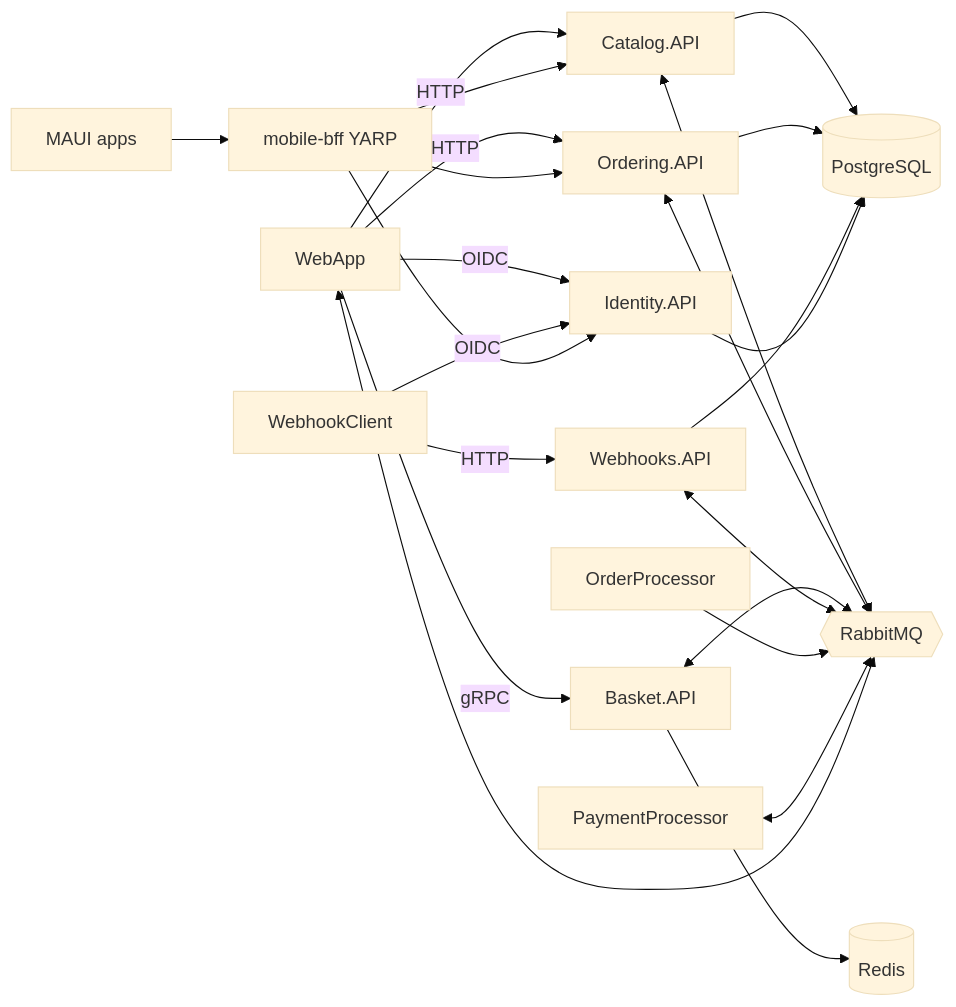
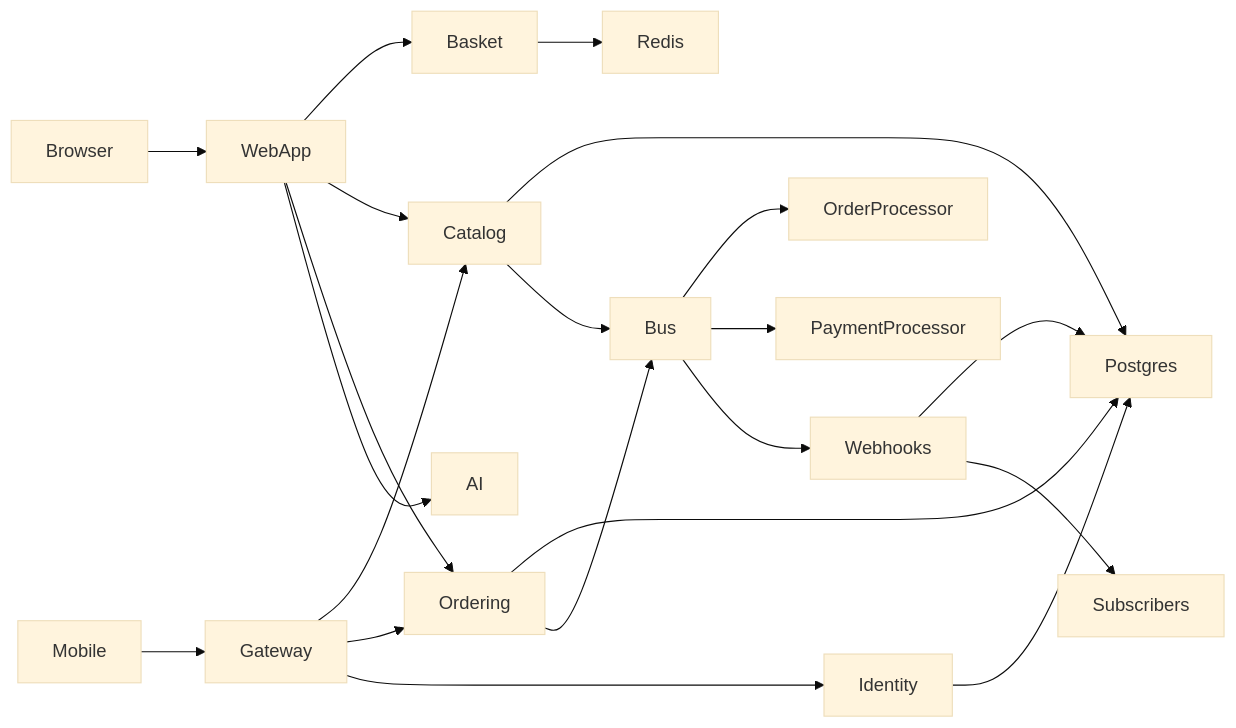
Before and after one commit to HeWhoRoams/AppDoc: the first of 5 diagrams in examples/current/eShop/application-documentation.md, drawn with Mermaid (base theme). The commit also changed other lines of this file and 64 other files, not shown here.

````diff
--- a/examples/current/eShop/application-documentation.md
+++ b/examples/current/eShop/application-documentation.md
@@ -96,25 +90,23 @@
 ```mermaid
 flowchart LR
-  Web[WebApp] -->|gRPC| Basket[Basket.API]
-  Web -->|HTTP| Catalog[Catalog.API]
-  Web -->|HTTP| Ordering[Ordering.API]
-  Web -->|OIDC| Identity[Identity.API]
-  WH[WebhookClient] -->|HTTP| Hooks[Webhooks.API]
-  WH -->|OIDC| Identity
-  Mobile[MAUI apps] --> BFF[mobile-bff YARP]
-  BFF --> Catalog
-  BFF --> Ordering
-  BFF --> Identity
-  Basket --> Redis[(Redis)]
-  Catalog --> PG[(PostgreSQL)]
-  Ordering --> PG
-  Hooks --> PG
-  Identity --> PG
-  Catalog <--> MQ{{RabbitMQ}}
-  Ordering <--> MQ
-  Basket <--> MQ
-  Hooks <--> MQ
-  OrderProc[OrderProcessor] --> MQ
-  Pay[PaymentProcessor] <--> MQ
-  Web <--> MQ
+  Browser --> WebApp
+  Mobile --> Gateway
+  Gateway --> Catalog
+  Gateway --> Ordering
+  Gateway --> Identity
+  WebApp --> Basket
+  WebApp --> Catalog
+  WebApp --> Ordering
+  WebApp --> AI
+  Catalog --> Postgres
+  Ordering --> Postgres
+  Identity --> Postgres
+  Webhooks --> Postgres
+  Basket --> Redis
+  Ordering --> Bus
+  Catalog --> Bus
+  Bus --> OrderProcessor
+  Bus --> PaymentProcessor
+  Bus --> Webhooks
+  Webhooks --> Subscribers
 ```
````
